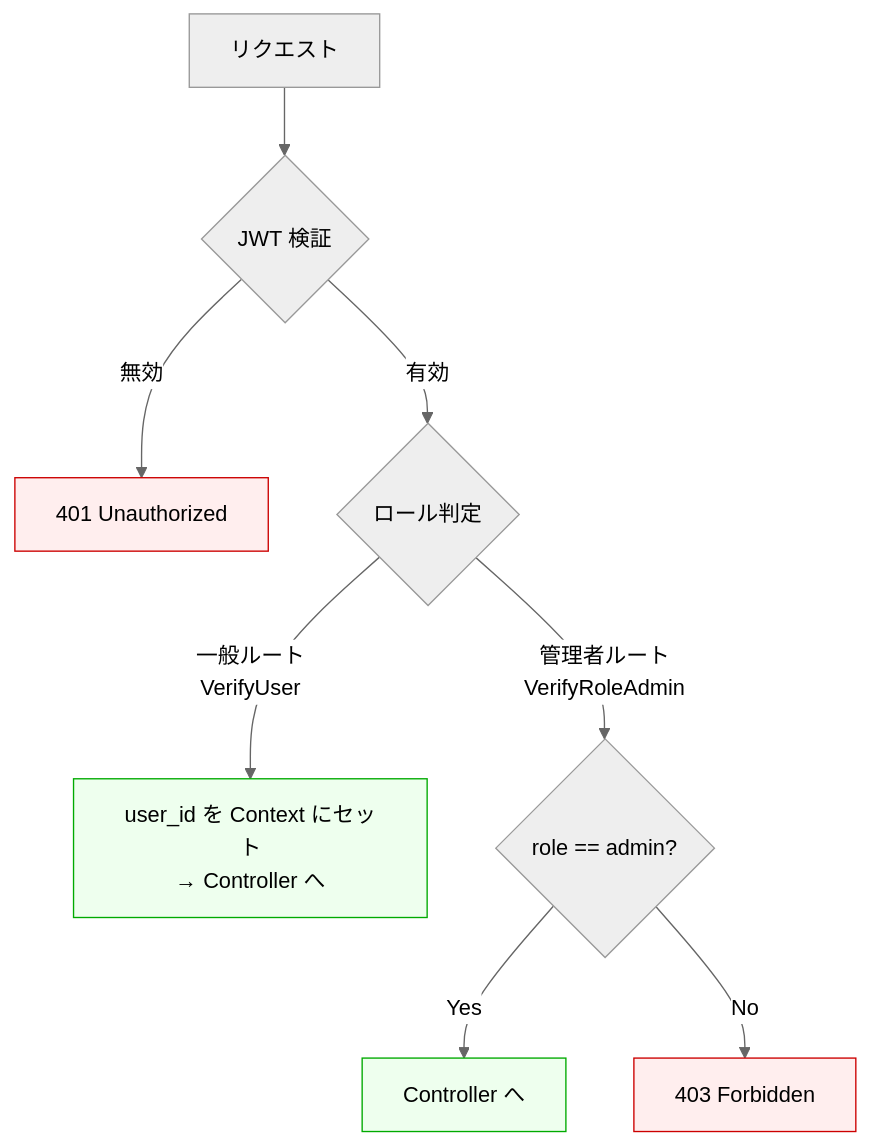
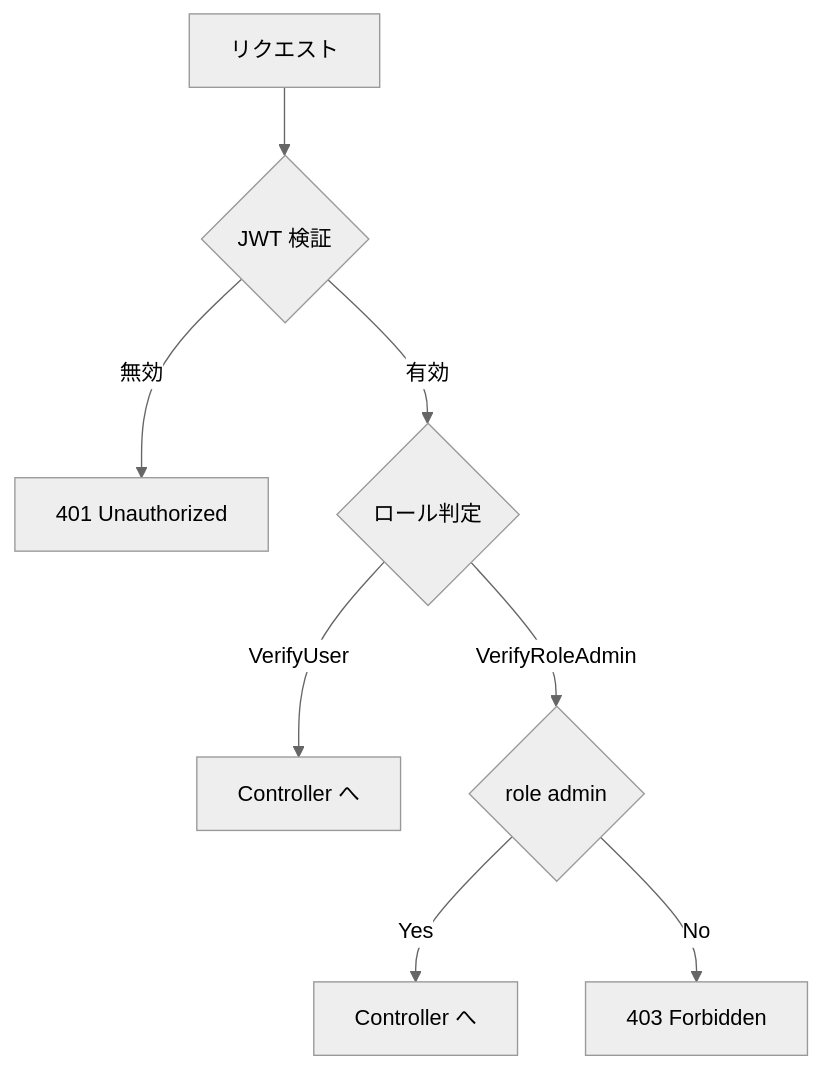
The third of 3 diagrams in README.md (takehiro1111/gin-todo), drawn with Mermaid (neutral theme) before and after one commit. The commit also changed other lines of this file, not shown here.

Commit message:
図の統合

````diff
--- a/README.md
+++ b/README.md
@@ -171,16 +121,10 @@
 ```mermaid
-graph TD
-    Req[リクエスト] --> JWT{JWT 検証}
-    JWT -->|無効| R401[401 Unauthorized]
-    JWT -->|有効| Role{ロール判定}
-
-    Role -->|一般ルート<br/>VerifyUser| OK1[user_id を Context にセット<br/>→ Controller へ]
-    Role -->|管理者ルート<br/>VerifyRoleAdmin| Admin{role == admin?}
-    Admin -->|Yes| OK2[Controller へ]
-    Admin -->|No| R403[403 Forbidden]
-
-    style R401 fill:#fee,stroke:#c00
-    style R403 fill:#fee,stroke:#c00
-    style OK1 fill:#efe,stroke:#0a0
-    style OK2 fill:#efe,stroke:#0a0
+flowchart TD
+    Req["リクエスト"] --> JWT{"JWT 検証"}
+    JWT -->|無効| R401["401 Unauthorized"]
+    JWT -->|有効| Role{"ロール判定"}
+    Role -->|VerifyUser| OK1["Controller へ"]
+    Role -->|VerifyRoleAdmin| Admin{"role admin"}
+    Admin -->|Yes| OK2["Controller へ"]
+    Admin -->|No| R403["403 Forbidden"]
 ```
````
